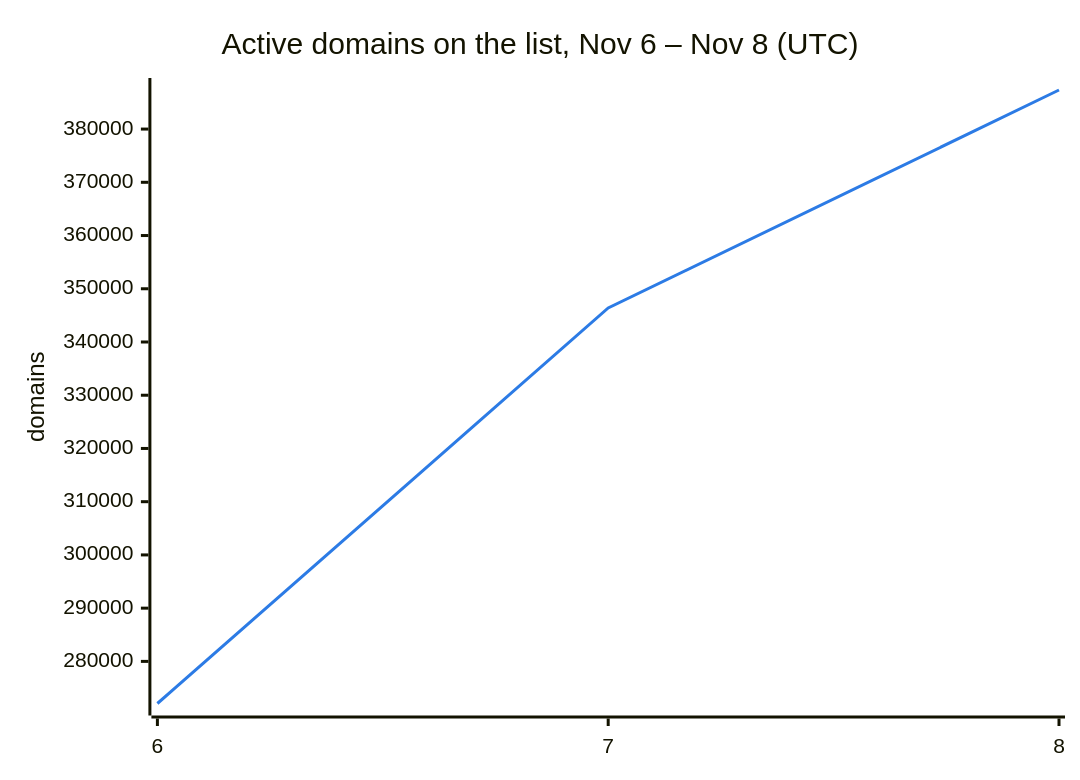
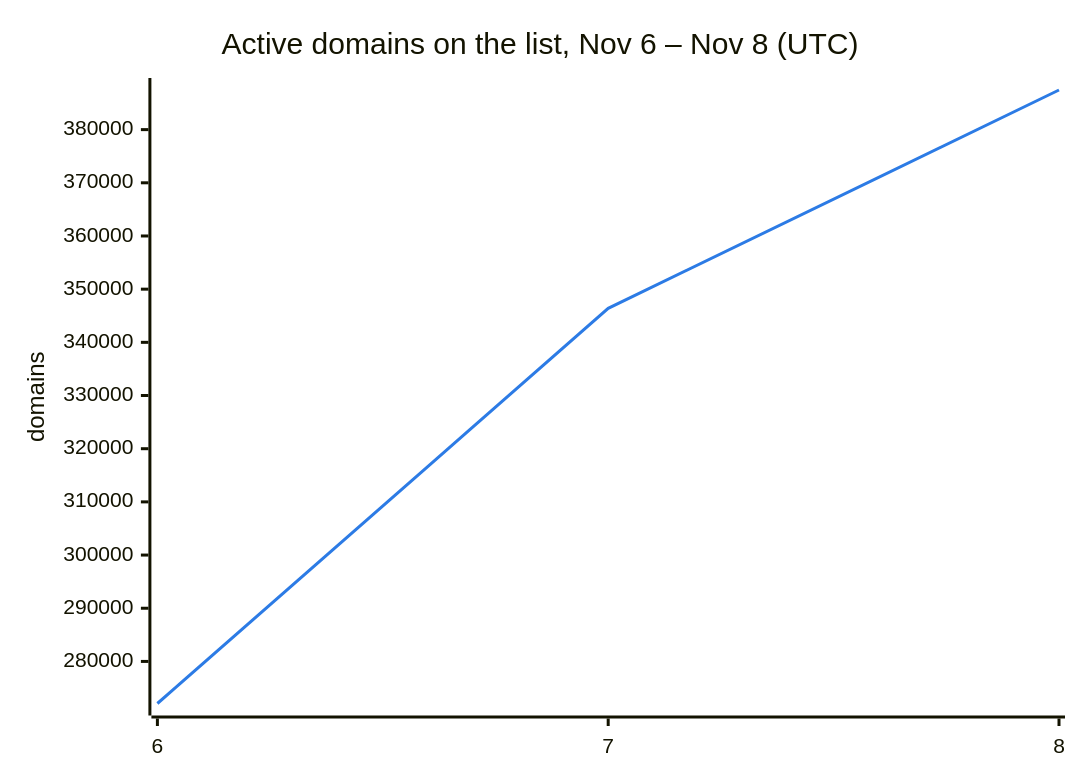
Before and after one commit to DNSBunker/CTI: the second of 3 diagrams in README.md, drawn with Mermaid. The commit also changed other lines of this file and 3 other files, not shown here.

````diff
--- a/README.md
+++ b/README.md
@@ -38,8 +38,8 @@
 ```mermaid
 %%{init: {"themeVariables": {"xyChart": {"plotColorPalette": "#2c7be5"}}}}%%
 xychart-beta
     title "Active domains on the list, Nov 6 – Nov 8 (UTC)"
     x-axis ["6", "7", "8"]
     y-axis "domains"
-    line [272088, 346388, 387340]
+    line [272088, 346388, 387450]
 ```
````
